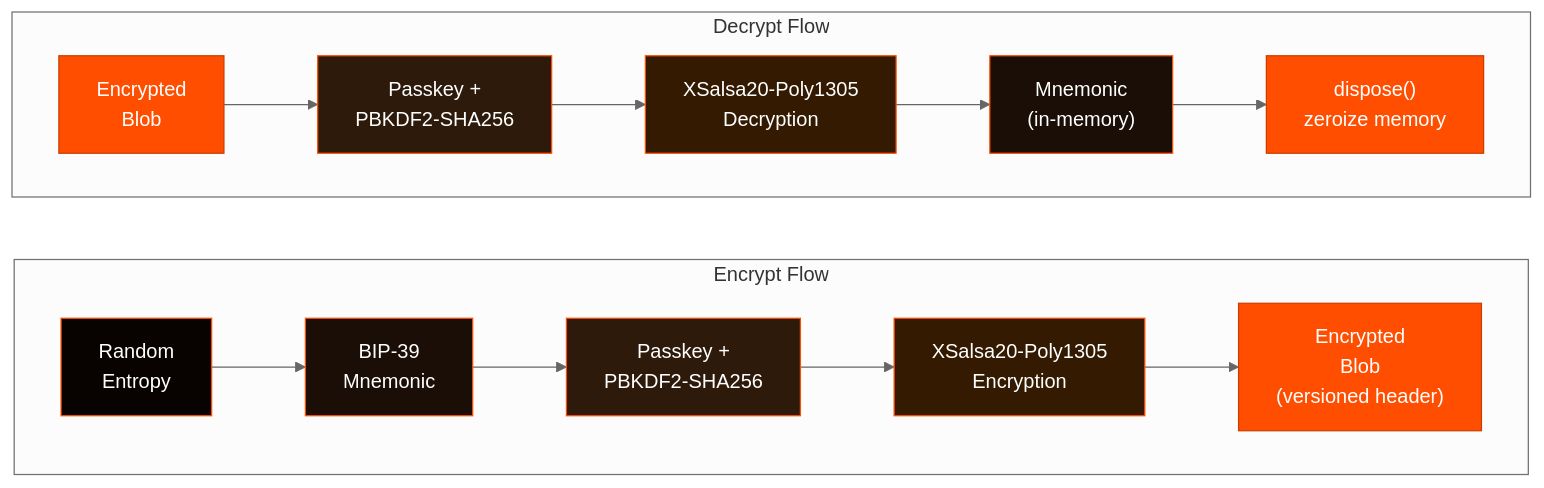
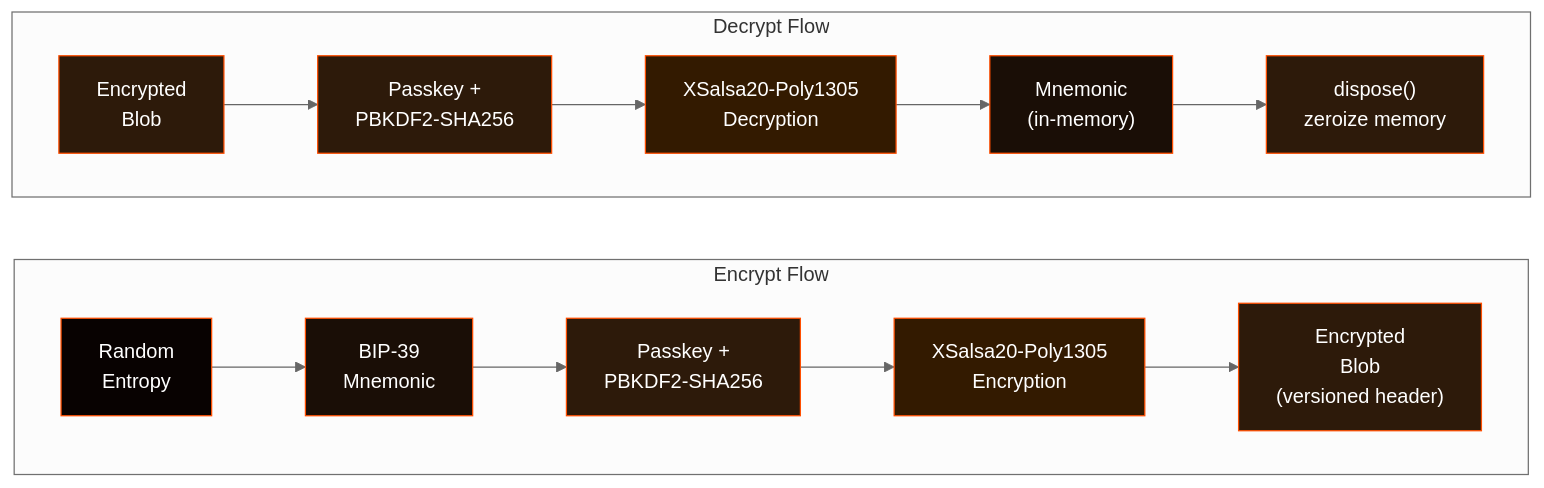
One commit to gatteo/wdk-docs changed the diagram in tools/secret-manager/README.md. Above: the diagram before and after it, drawn with Mermaid (neutral theme). The commit also changed 16 other files, not shown here.

Commit message:
docs: replace all primary orange backgrounds with dark tones in diagrams

````diff
--- a/tools/secret-manager/README.md
+++ b/tools/secret-manager/README.md
@@ -37,29 +37,29 @@
 ```mermaid
 flowchart LR
     subgraph Encrypt["Encrypt Flow"]
         direction LR
         E1["Random\nEntropy"] --> E2["BIP-39\nMnemonic"]
         E2 --> E3["Passkey +\nPBKDF2-SHA256"]
         E3 --> E4["XSalsa20-Poly1305\nEncryption"]
         E4 --> E5["Encrypted\nBlob\n(versioned header)"]
     end
 
     subgraph Decrypt["Decrypt Flow"]
         direction LR
         D1["Encrypted\nBlob"] --> D2["Passkey +\nPBKDF2-SHA256"]
         D2 --> D3["XSalsa20-Poly1305\nDecryption"]
         D3 --> D4["Mnemonic\n(in-memory)"]
         D4 --> D5["dispose()\nzeroize memory"]
     end
 
     style E1 fill:#080201,stroke:#FF4E00,color:#fff
     style E2 fill:#1a0e06,stroke:#FF4E00,color:#fff
     style E3 fill:#2d1a0a,stroke:#FF4E00,color:#fff
     style E4 fill:#331a00,stroke:#FF4E00,color:#fff
-    style E5 fill:#FF4E00,stroke:#cc3e00,color:#fff
-    style D1 fill:#FF4E00,stroke:#cc3e00,color:#fff
+    style E5 fill:#2d1a0a,stroke:#FF4E00,color:#fff
+    style D1 fill:#2d1a0a,stroke:#FF4E00,color:#fff
     style D2 fill:#2d1a0a,stroke:#FF4E00,color:#fff
     style D3 fill:#331a00,stroke:#FF4E00,color:#fff
     style D4 fill:#1a0e06,stroke:#FF4E00,color:#fff
-    style D5 fill:#FF4E00,stroke:#cc3e00,color:#fff
+    style D5 fill:#2d1a0a,stroke:#FF4E00,color:#fff
 ```
````
